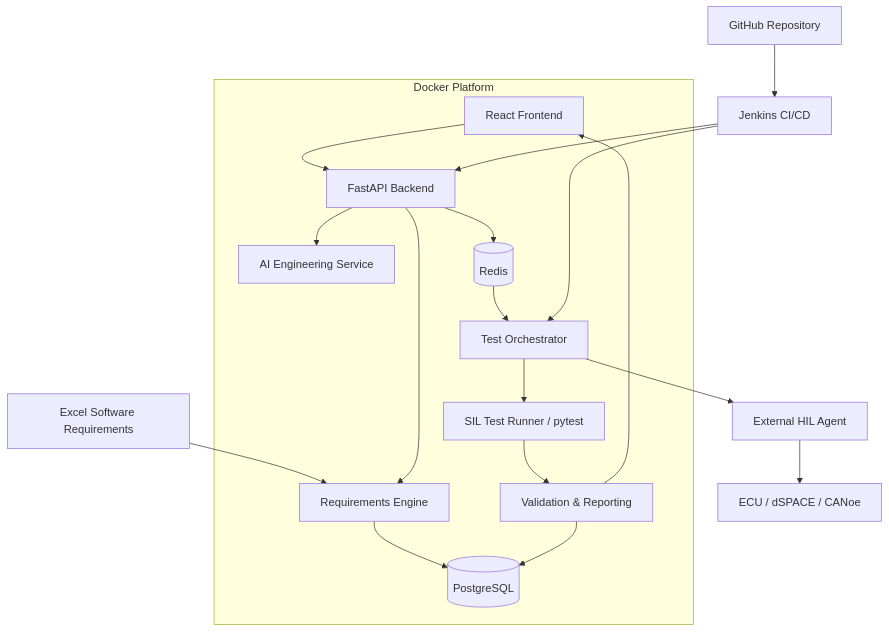
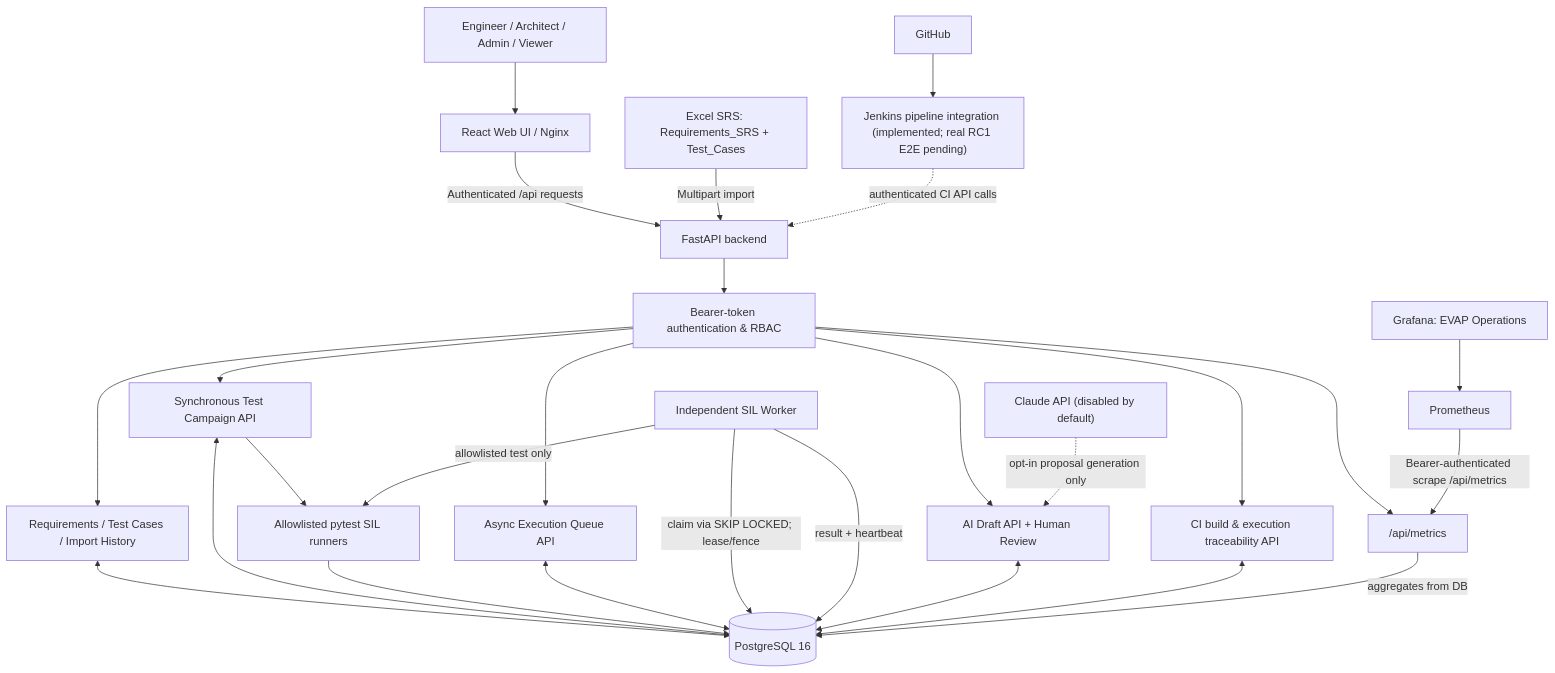
The first of 4 diagrams in projects/embedded-validation-platform/docs/architecture/ARCHITECTURE.md (sydibyd/intelligent-systems-lab), drawn with Mermaid before and after one commit. The commit also changed other lines of this file, not shown here.

Commit message:
docs(evap): align main architecture with validated RC1, flows and release limitations

````diff
--- a/projects/embedded-validation-platform/docs/architecture/ARCHITECTURE.md
+++ b/projects/embedded-validation-platform/docs/architecture/ARCHITECTURE.md
@@ -7,34 +12,29 @@
 ```mermaid
 flowchart TB
-    SRS["Excel Software Requirements"] --> REQ
-
-    subgraph DOCKER["Docker Platform"]
-        UI["React Frontend"]
-        API["FastAPI Backend"]
-        REQ["Requirements Engine"]
-        AI["AI Engineering Service"]
-        DB[("PostgreSQL")]
-        REDIS[("Redis")]
-        WORKER["Test Orchestrator"]
-        SIL["SIL Test Runner / pytest"]
-        REPORT["Validation & Reporting"]
-
-        UI --> API
-        API --> REQ
-        REQ --> DB
-        API --> AI
-        API --> REDIS
-        REDIS --> WORKER
-        WORKER --> SIL
-        SIL --> REPORT
-        REPORT --> DB
-    end
-
-    GIT["GitHub Repository"] --> CI["Jenkins CI/CD"]
-    CI --> API
-    CI --> WORKER
-
-    WORKER --> HIL["External HIL Agent"]
-    HIL --> HW["ECU / dSPACE / CANoe"]
-    REPORT --> UI
+    USER["Engineer / Architect / Admin / Viewer"] --> UI["React Web UI / Nginx"]
+    UI -->|"Authenticated /api requests"| API["FastAPI backend"]
+    SRS["Excel SRS: Requirements_SRS + Test_Cases"] -->|"Multipart import"| API
+    API --> AUTH["Bearer-token authentication & RBAC"]
+    AUTH --> REQ["Requirements / Test Cases / Import History"]
+    AUTH --> CAM["Synchronous Test Campaign API"]
+    AUTH --> QUEUE["Async Execution Queue API"]
+    AUTH --> AI["AI Draft API + Human Review"]
+    AUTH --> TRACE["CI build & execution traceability API"]
+    AUTH --> METRICS["/api/metrics"]
+    REQ <--> PG[("PostgreSQL 16")]
+    CAM <--> PG
+    CAM --> RUN["Allowlisted pytest SIL runners"]
+    RUN --> PG
+    QUEUE <--> PG
+    WORKER["Independent SIL Worker"] -->|"claim via SKIP LOCKED; lease/fence"| PG
+    WORKER -->|"allowlisted test only"| RUN
+    WORKER -->|"result + heartbeat"| PG
+    AI <--> PG
+    TRACE <--> PG
+    METRICS -->|"aggregates from DB"| PG
+    PROM["Prometheus"] -->|"Bearer-authenticated scrape /api/metrics"| METRICS
+    GRAF["Grafana: EVAP Operations"] --> PROM
+    GIT["GitHub"] --> CI["Jenkins pipeline integration (implemented; real RC1 E2E pending)"]
+    CI -.->|"authenticated CI API calls"| API
+    CLAUDE["Claude API (disabled by default)"] -.->|"opt-in proposal generation only"| AI
 ```
````
